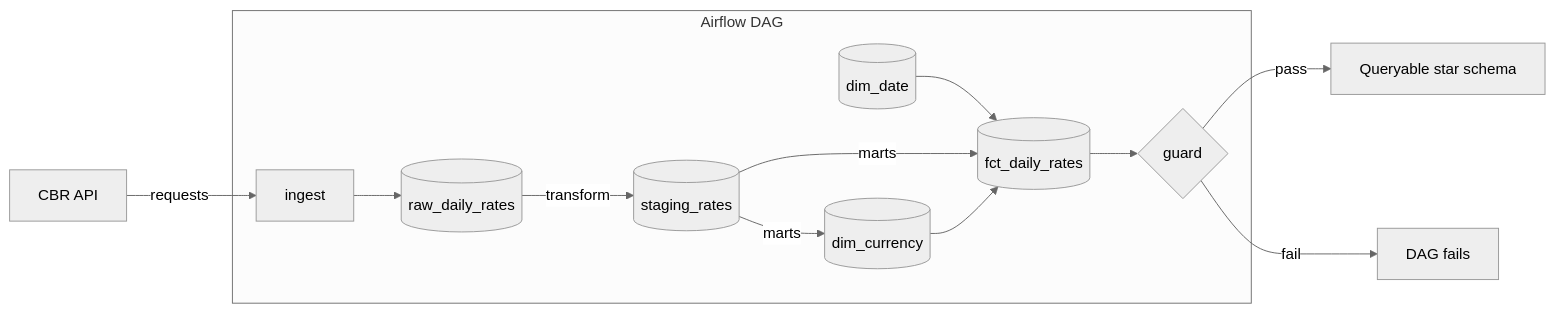
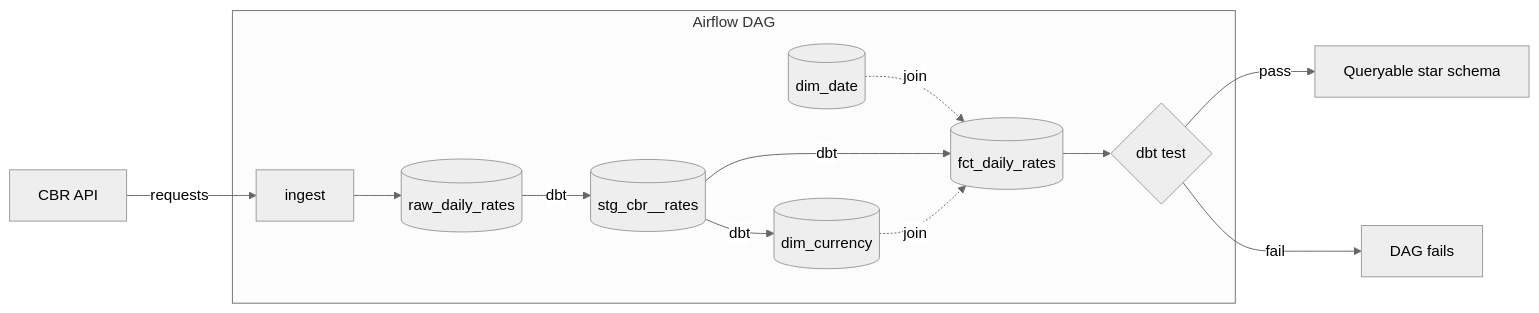
The diagram in README.md (eyshenrory/actual-valute), drawn with Mermaid (neutral theme) before and after one commit. The commit also changed other lines of this file, not shown here.

````diff
--- a/README.md
+++ b/README.md
@@ -11,23 +11,23 @@
 ```mermaid
 flowchart LR
     A[CBR API] -->|requests| B[ingest]
     B --> C[(raw_daily_rates)]
-    C -->|transform| D[(staging_rates)]
-    D -->|marts| E[(dim_currency)]
-    F[(dim_date)] --> G
-    D -->|marts| G[(fct_daily_rates)]
-    E --> G
-    G --> H{guard}
+    C -->|dbt| D[(stg_cbr__rates)]
+    D -->|dbt| E[(dim_currency)]
+    F[(dim_date)] -.-> |join| G
+    D -->|dbt| G[(fct_daily_rates)]
+    E -.-> |join| G
+    G --> H{dbt test}
     H -->|pass| I[Queryable star schema]
     H -->|fail| J[DAG fails]
- 
+
     subgraph Airflow DAG
         B
         C
         D
         E
         F
         G
         H
     end
 ```
````
